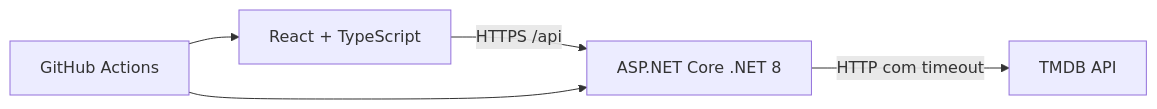
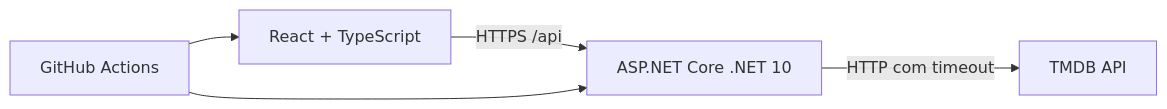
One commit to lucasppinheiro/cinesearch changed the diagram in README.md. Above: the diagram before and after it, drawn with Mermaid. The commit also changed other lines of this file and 53 other files, not shown here.

````diff
--- a/README.md
+++ b/README.md
@@ -22,7 +22,7 @@
 ```mermaid
 flowchart LR
-  Browser[React + TypeScript] -->|HTTPS /api| API[ASP.NET Core .NET 8]
+  Browser[React + TypeScript] -->|HTTPS /api| API[ASP.NET Core .NET 10]
   API -->|HTTP com timeout| TMDB[TMDB API]
   CI[GitHub Actions] --> Browser
   CI --> API
 ```
````
